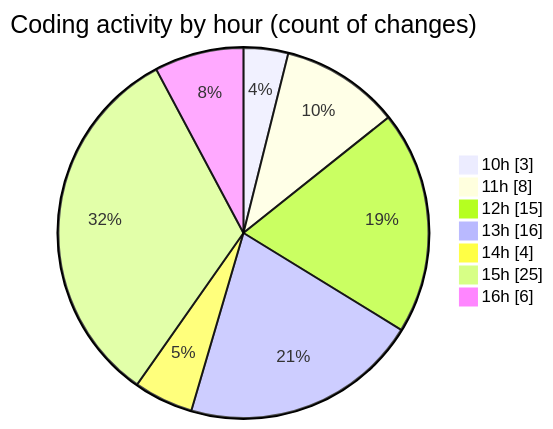
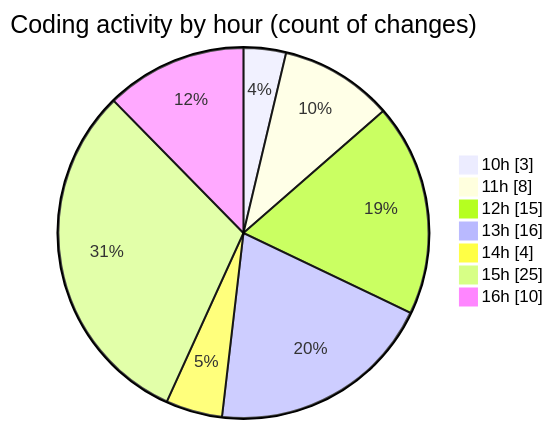
Before and after one commit to nxtqubesakshisongat/code-tracking: the second of 2 diagrams in 2025-10-15/nxtqube_webapp/README.md, drawn with Mermaid. The commit also changed other lines of this file and 1 other file, not shown here.

````diff
--- a/2025-10-15/nxtqube_webapp/README.md
+++ b/2025-10-15/nxtqube_webapp/README.md
@@ -29,11 +29,11 @@
 ```mermaid
 pie showData
 title Coding activity by hour (count of changes)
 "10h" : 3
 "11h" : 8
 "12h" : 15
 "13h" : 16
 "14h" : 4
 "15h" : 25
-"16h" : 6
+"16h" : 10
 ```
````
